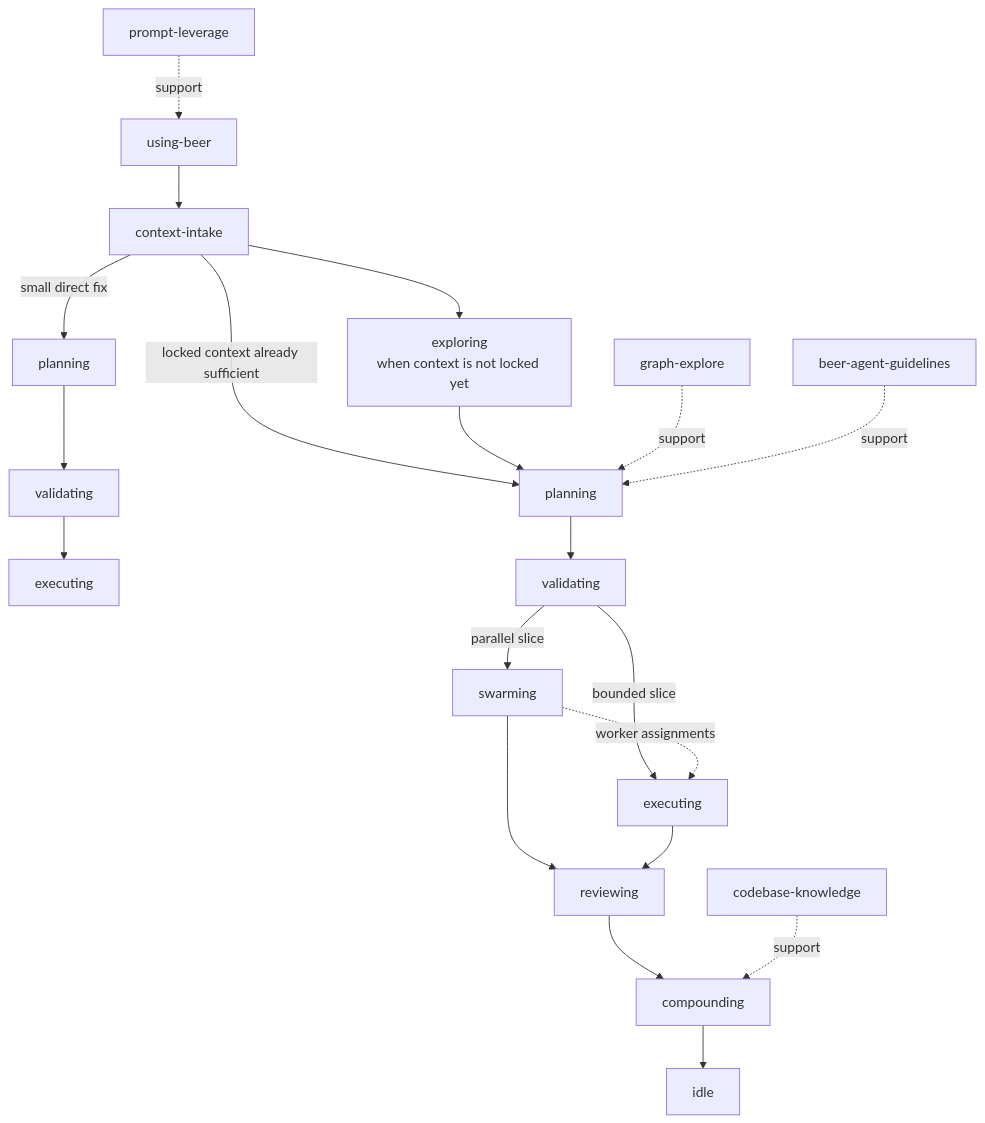
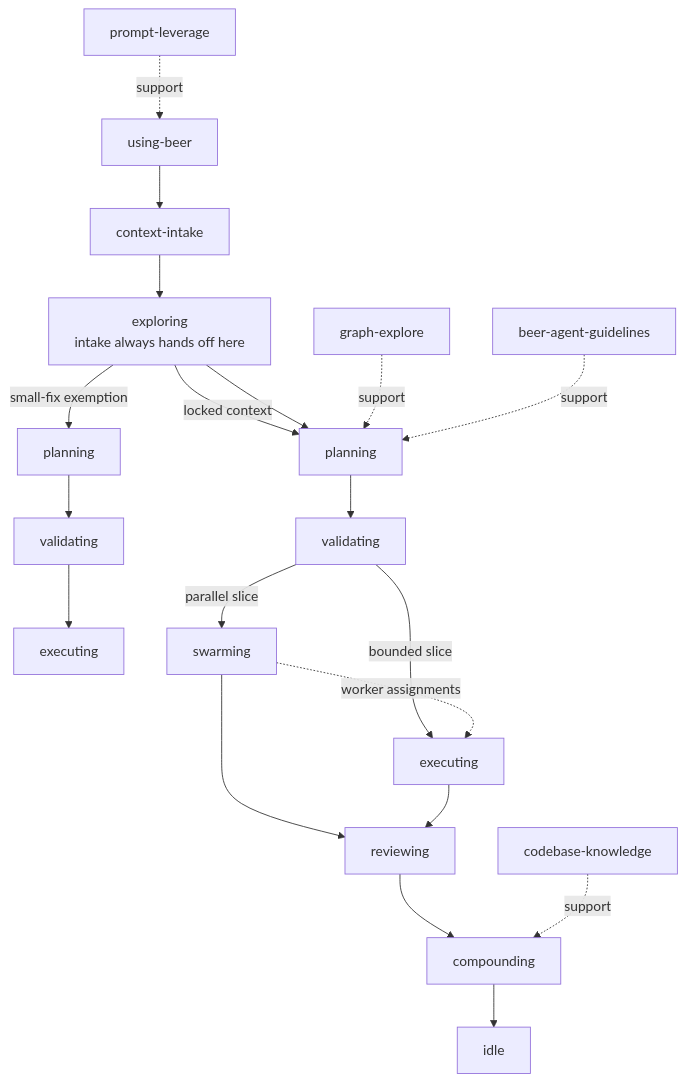
The first of 2 diagrams in docs/ecosystem-flow-overview.md (Huy-04/beer-skills), drawn with Mermaid before and after one commit. The commit also changed other lines of this file and 101 other files, not shown here.

````diff
--- a/docs/ecosystem-flow-overview.md
+++ b/docs/ecosystem-flow-overview.md
@@ -18,23 +18,23 @@
 ```mermaid
 flowchart TD
     UB[using-beer] --> CI[context-intake]
-    CI -->|small direct fix| SP[planning]
-    CI -->|locked context already sufficient| PL[planning]
-    CI --> EX[exploring<br/>when context is not locked yet]
+    CI --> EX[exploring<br/>intake always hands off here]
+    EX -->|small-fix exemption| SP[planning]
+    EX -->|locked context| PL[planning]
     SP --> SV[validating]
     SV --> SE[executing]
     EX --> PL
     PL --> VA[validating]
     VA -->|parallel slice| SW[swarming]
     VA -->|bounded slice| EW[executing]
     SW -. worker assignments .-> EW
     SW --> RV[reviewing]
     EW --> RV[reviewing]
     RV --> CO[compounding]
     CO --> IDLE[idle]
 
     GH[graph-explore] -. support .-> PL
     PH[prompt-leverage] -. support .-> UB
     KB[codebase-knowledge] -. support .-> CO
     AG[beer-agent-guidelines] -. support .-> PL
 ```
````
